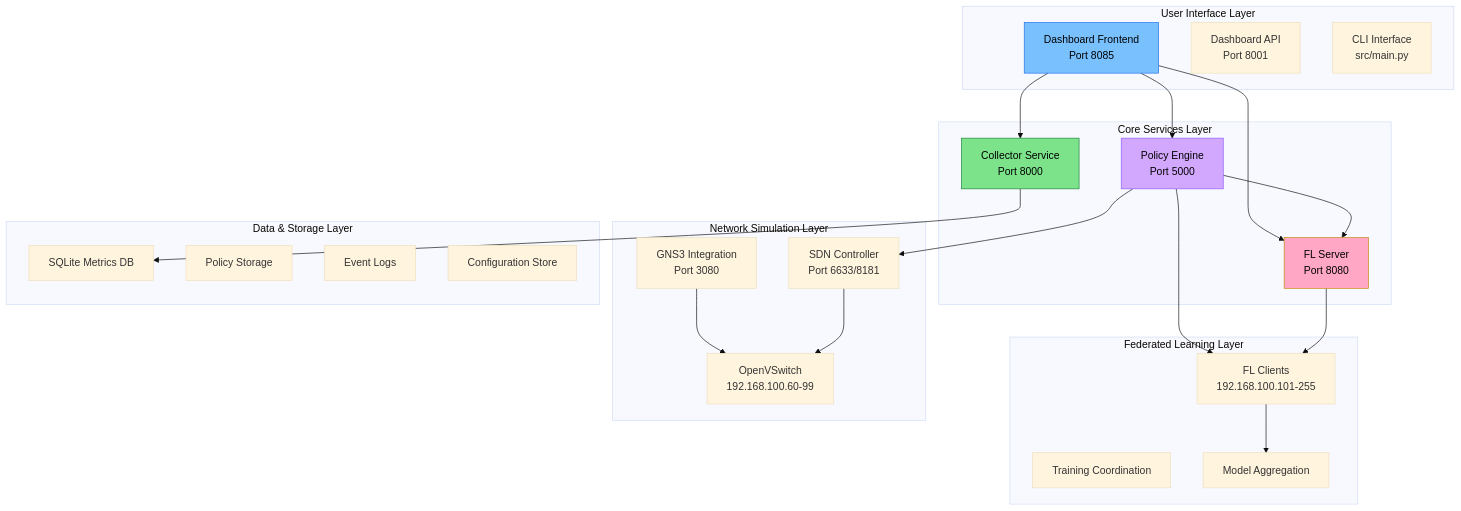
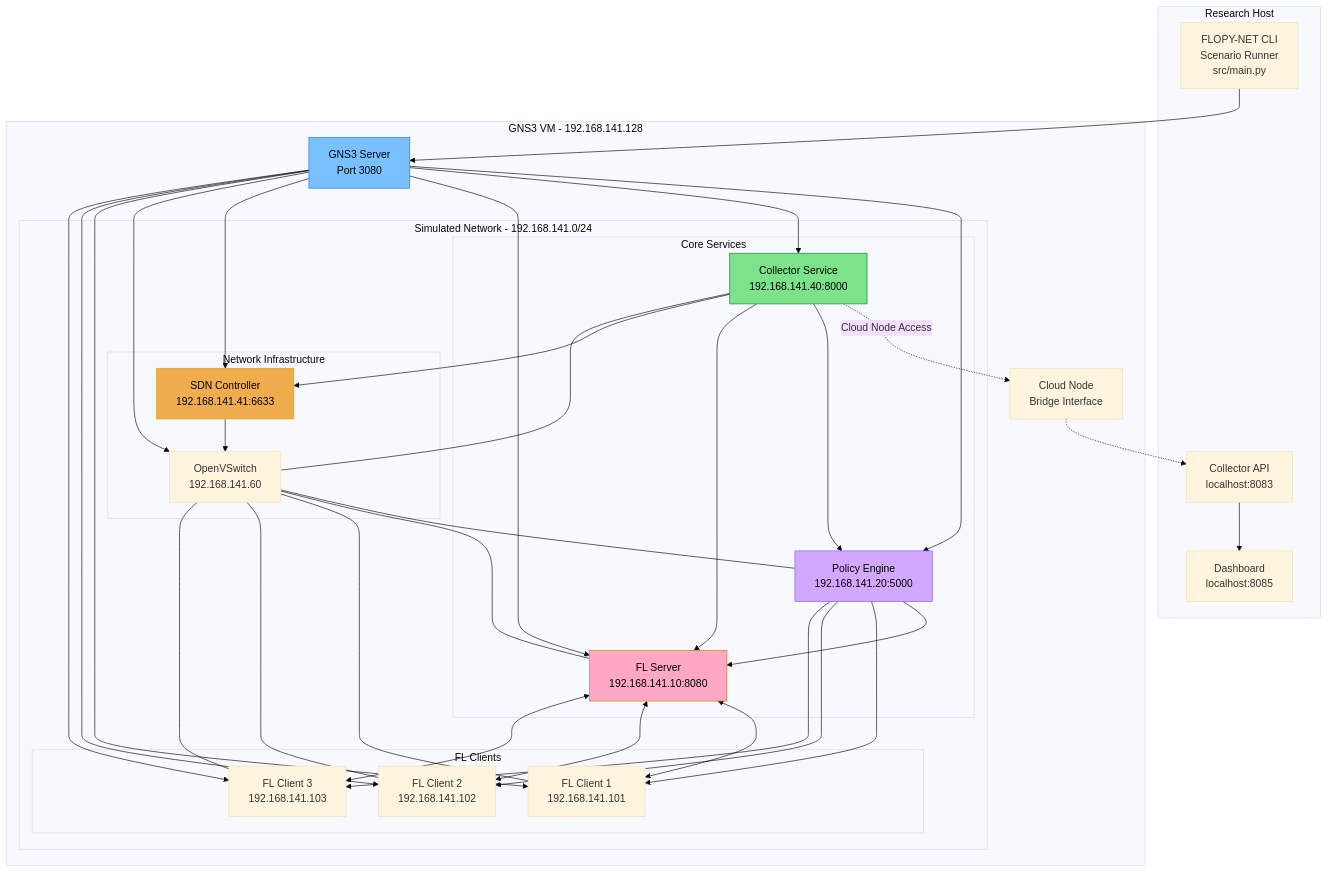
Before and after one commit to abdulmeLINK/flopy-net: the first of 2 diagrams in docs/docs/intro.md, drawn with Mermaid (base theme). The commit also changed other lines of this file and 42 other files, not shown here.

````diff
--- a/docs/docs/intro.md
+++ b/docs/docs/intro.md
@@ -36,50 +53,72 @@
 ```mermaid
-graph TD
-    subgraph "User Interface Layer"
-        A[Dashboard Frontend<br/>Port 8085]
-        B[Dashboard API<br/>Port 8001]
-        C[CLI Interface<br/>src/main.py]
+graph TB
+    subgraph "Research Host"
+        CLI[FLOPY-NET CLI<br/>Scenario Runner<br/>src/main.py]
+        DASH[Dashboard<br/>localhost:8085]
+        API[Collector API<br/>localhost:8083]
+    end
+      subgraph "GNS3 VM - 192.168.141.128"
+        GNS3[GNS3 Server<br/>Port 3080]
+        CLOUD[Cloud Node<br/>Bridge Interface]
+        
+        subgraph "Simulated Network - 192.168.141.0/24"
+            subgraph "Core Services"
+                PE[Policy Engine<br/>192.168.141.20:5000]
+                COL[Collector Service<br/>192.168.141.40:8000]
+                FLS[FL Server<br/>192.168.141.10:8080]
+            end
+            
+            subgraph "Network Infrastructure"
+                SDN[SDN Controller<br/>192.168.141.41:6633]
+                OVS[OpenVSwitch<br/>192.168.141.60]
+            end
+            
+            subgraph "FL Clients"
+                C1[FL Client 1<br/>192.168.141.101]
+                C2[FL Client 2<br/>192.168.141.102]
+                C3[FL Client 3<br/>192.168.141.103]
+            end
+        end
     end
     
-    subgraph "Core Services Layer"
-        D[Policy Engine<br/>Port 5000]
-        E[Collector Service<br/>Port 8000]
-        F[FL Server<br/>Port 8080]
-    end
+    CLI --> GNS3
+    GNS3 --> PE
+    GNS3 --> COL
+    GNS3 --> FLS
+    GNS3 --> SDN
+    GNS3 --> OVS
+    GNS3 --> C1
+    GNS3 --> C2
+    GNS3 --> C3
     
-    subgraph "Federated Learning Layer"
-        G[FL Clients<br/>192.168.100.101-255]
-        H[Training Coordination]
-        I[Model Aggregation]
-    end
+    COL -.-> |Cloud Node Access| CLOUD
+    CLOUD -.-> API
+    API --> DASH
     
-    subgraph "Network Simulation Layer"
-        J[GNS3 Integration<br/>Port 3080]
-        K[SDN Controller<br/>Port 6633/8181]
-        L[OpenVSwitch<br/>192.168.100.60-99]
-    end
+    PE --> FLS
+    PE --> C1
+    PE --> C2
+    PE --> C3
     
-    subgraph "Data & Storage Layer"
-        M[SQLite Metrics DB]
-        N[Policy Storage]
-        O[Event Logs]
-        P[Configuration Store]
-    end
+    FLS <--> C1
+    FLS <--> C2
+    FLS <--> C3
     
-    A --> D
-    A --> E
-    A --> F
-    D --> F
-    D --> G
-    D --> K
-    E --> M
-    F --> G
-    G --> I
-    J --> L
-    K --> L
+    SDN --> OVS
+    OVS --- PE
+    OVS --- COL
+    OVS --- FLS
+    OVS --- C1
+    OVS --- C2
+    OVS --- C3
     
-    style A fill:#79c0ff,stroke:#1f6feb,color:#000
-    style D fill:#d2a8ff,stroke:#8b5cf6,color:#000
-    style E fill:#7ce38b,stroke:#1a7f37,color:#000
-    style F fill:#ffa7c4,stroke:#bf8700,color:#000
+    COL --> PE
+    COL --> FLS
+    COL --> SDN
+    
+    style GNS3 fill:#79c0ff,stroke:#1f6feb,color:#000
+    style PE fill:#d2a8ff,stroke:#8b5cf6,color:#000
+    style COL fill:#7ce38b,stroke:#1a7f37,color:#000
+    style FLS fill:#ffa7c4,stroke:#bf8700,color:#000
+    style SDN fill:#f0ad4e,stroke:#ec971f,color:#000
 ```
````
